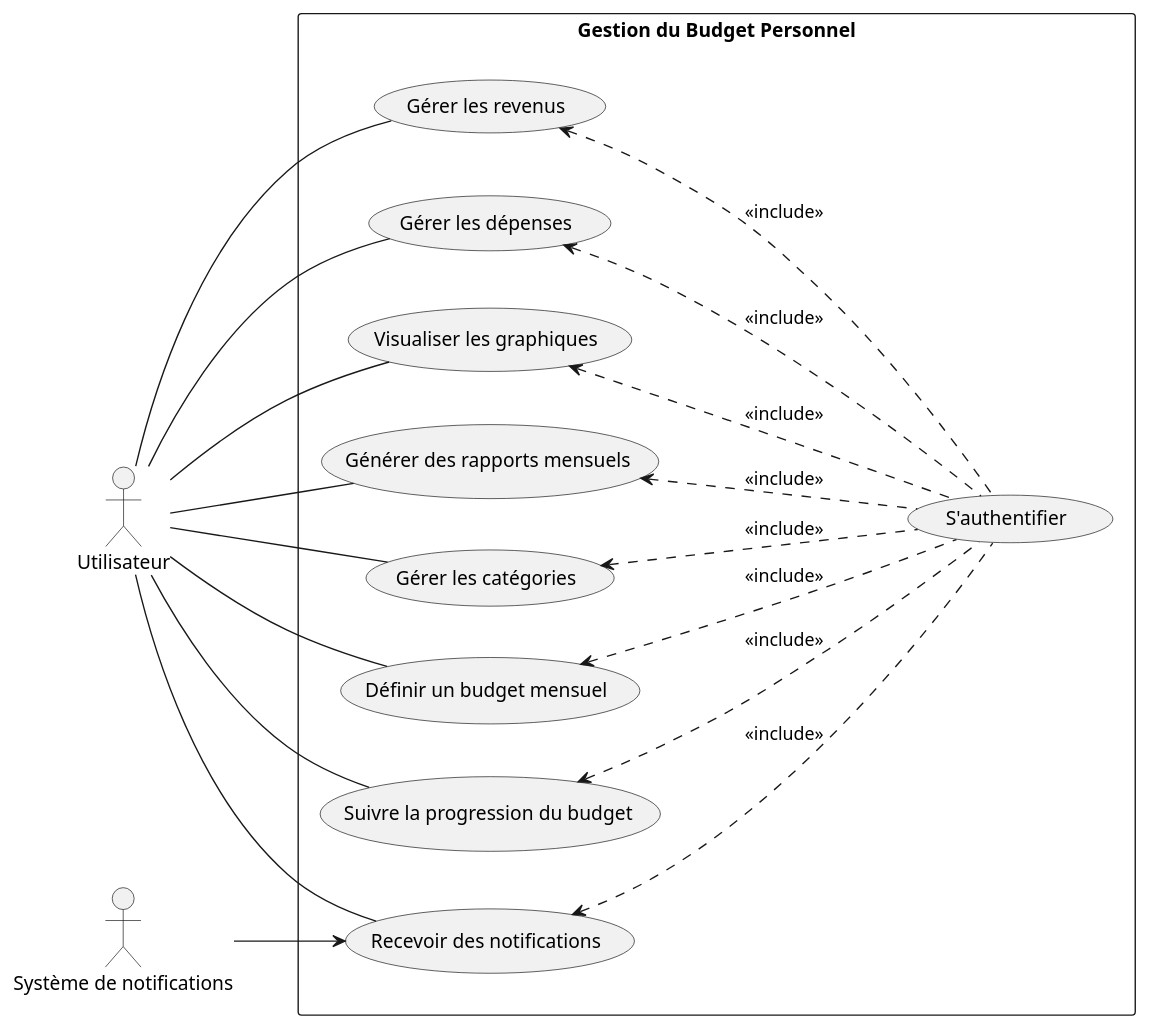
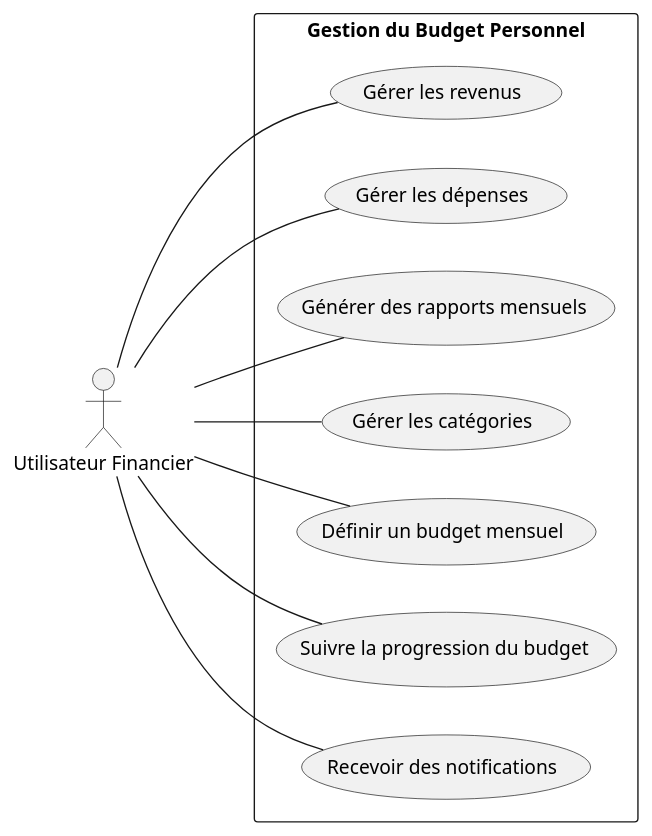
Before and after one commit to DevZakariaAz/Projet_fil_rouge: the diagram in Analyse/Analyse.plantuml, drawn with PlantUML. The commit also changed 3 other files, not shown here.

```diff
--- a/Analyse/Analyse.plantuml
+++ b/Analyse/Analyse.plantuml
@@ -1,32 +1,20 @@
 @startuml
 left to right direction
 
-actor "Utilisateur" as utilisateur
+actor "Utilisateur Financier" as utilisateur
 
 rectangle "Gestion du Budget Personnel" {
     utilisateur -- (Gérer les revenus)
     utilisateur -- (Gérer les dépenses)
     
-    utilisateur -- (Visualiser les graphiques)
     utilisateur -- (Générer des rapports mensuels)
     
     utilisateur -- (Gérer les catégories)
     
     utilisateur -- (Définir un budget mensuel)
     utilisateur -- (Suivre la progression du budget)
     
     utilisateur -- (Recevoir des notifications)
     
-    (Gérer les revenus) <... (S'authentifier) : <<include>>
-    (Gérer les dépenses) <... (S'authentifier) : <<include>>
-    (Visualiser les graphiques) <... (S'authentifier) : <<include>>
-    (Générer des rapports mensuels) <... (S'authentifier) : <<include>>
-    (Gérer les catégories) <... (S'authentifier) : <<include>>
-    (Définir un budget mensuel) <... (S'authentifier) : <<include>>
-    (Suivre la progression du budget) <... (S'authentifier) : <<include>>
-    (Recevoir des notifications) <... (S'authentifier) : <<include>>
 }
-actor "Système de notifications" as Systeme
-Systeme --> (Recevoir des notifications)
-
 @enduml
```
